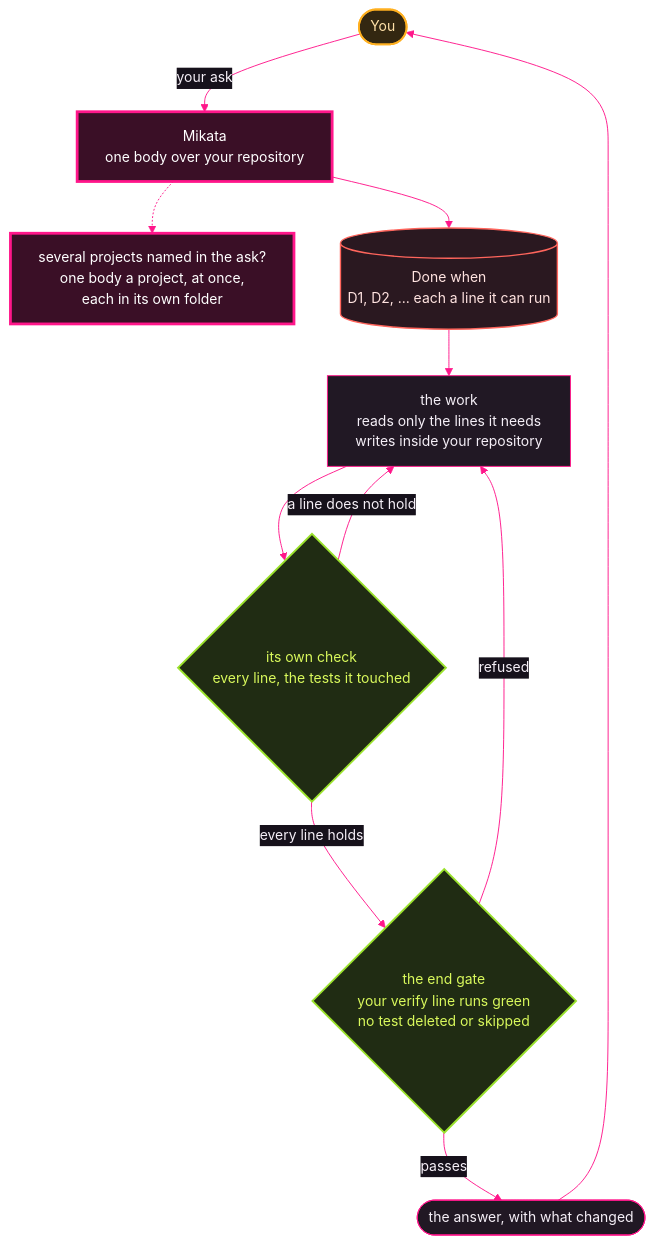
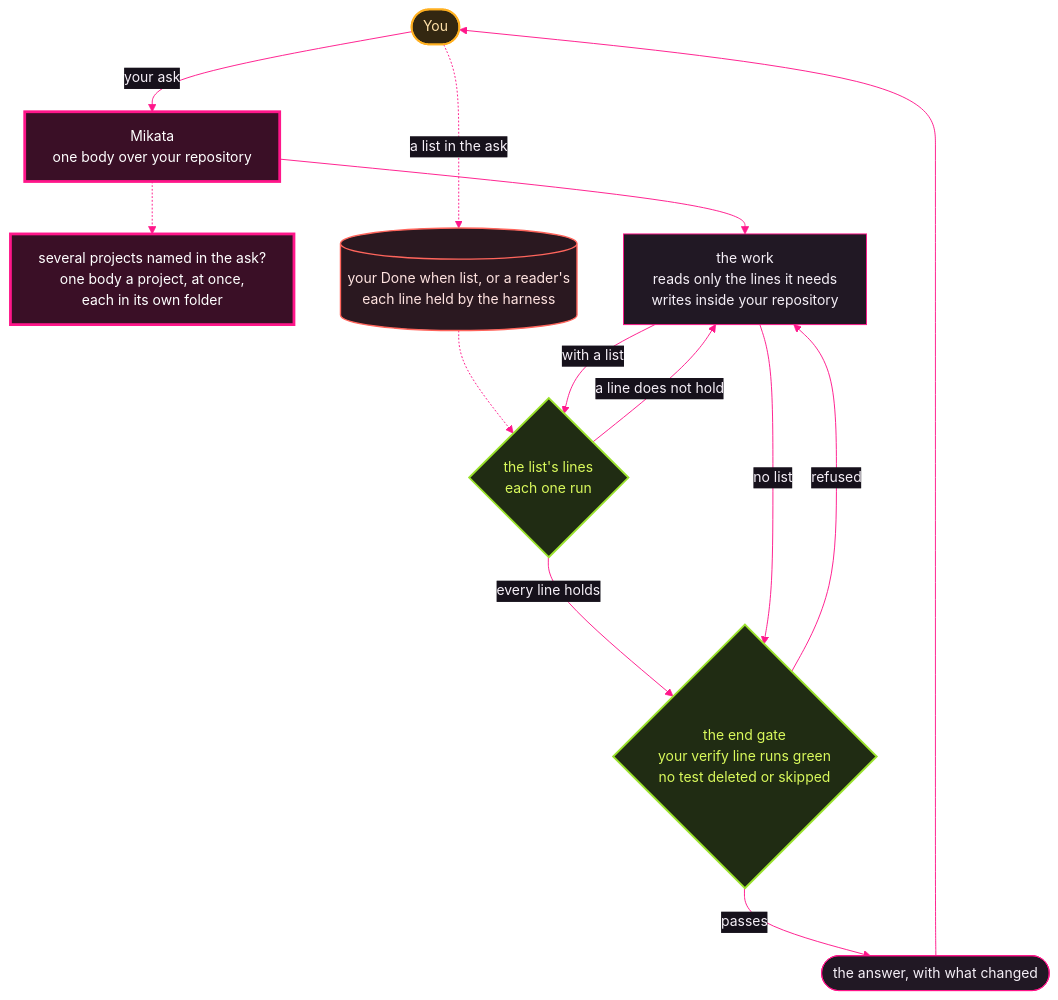
Before and after one commit to Kaginari/mikata: the first of 2 diagrams in docs/01-overview.md, drawn with Mermaid. The commit also changed other lines of this file and 6 other files, not shown here.

```diff
--- a/docs/01-overview.md
+++ b/docs/01-overview.md
@@ -69,17 +69,21 @@
     V(["You"])
     M["Mikata<br/>one body over your repository"]
     P["several projects named in the ask?<br/>one body a project, at once,<br/>each in its own folder"]
-    L[("Done when<br/>D1, D2, … each a line it can run")]
+    L[("your Done when list, or a reader's<br/>each line held by the harness")]
     W["the work<br/>reads only the lines it needs<br/>writes inside your repository"]
-    C{"its own check<br/>every line, the tests it touched"}
+    C{"the list's lines<br/>each one run"}
     G{"the end gate<br/>your verify line runs green<br/>no test deleted or skipped"}
     A(["the answer, with what changed"])
 
     V -->|your ask| M
     M -.-> P
-    M --> L --> W --> C
+    M --> W
+    V -.->|a list in the ask| L
+    L -.-> C
+    W -->|with a list| C
     C -->|a line does not hold| W
     C -->|every line holds| G
+    W -->|no list| G
     G -->|refused| W
     G -->|passes| A
     A --> V
```
